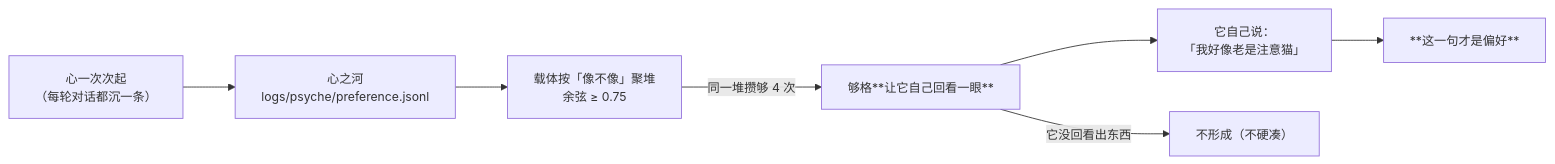
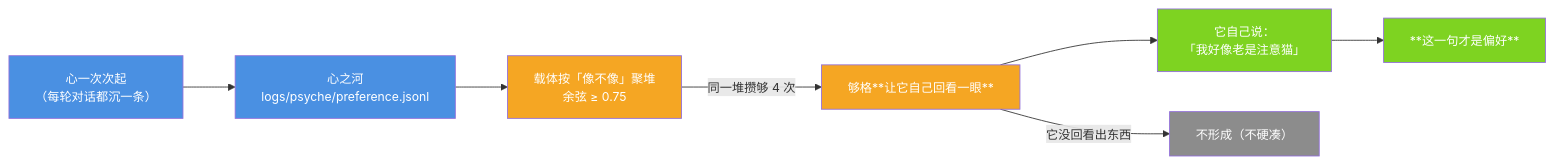
Before and after one commit to jiangchuangege/xiaojiao-harnees: the diagram in docs/preference.md, drawn with Mermaid. The commit also changed 32 other files, not shown here.

Commit message:
统一：全仓原理图配色到一套调色板 + 给 12 张灰图补色 + 修正自己会睡那张过期图

````diff
--- a/docs/preference.md
+++ b/docs/preference.md
@@ -22,10 +22,18 @@
 ```mermaid
 %%{init: {"themeVariables": {"fontSize": "14px"}, "flowchart": {"htmlLabels": true, "wrappingWidth": 340, "nodeSpacing": 46, "rankSpacing": 60, "useMaxWidth": true}}}%%
 flowchart LR
     H["心一次次起<br/>（每轮对话都沉一条）"] --> R["心之河<br/>logs/psyche/preference.jsonl"]
     R --> C["载体按「像不像」聚堆<br/>余弦 ≥ 0.75"]
     C -->|"同一堆攒够 4 次"| Q["够格**让它自己回看一眼**"]
     Q --> M["它自己说：<br/>「我好像老是注意猫」"]
     M --> P["**这一句才是偏好**"]
     Q -->|"它没回看出东西"| N["不形成（不硬凑）"]
+    style H fill:#4A90E2,color:#fff
+    style R fill:#4A90E2,color:#fff
+    style C fill:#F5A623,color:#fff
+    style Q fill:#F5A623,color:#fff
+    style M fill:#7ED321,color:#fff
+    style P fill:#7ED321,color:#fff
+    style N fill:#8C8C8C,color:#fff
+
 ```
````
